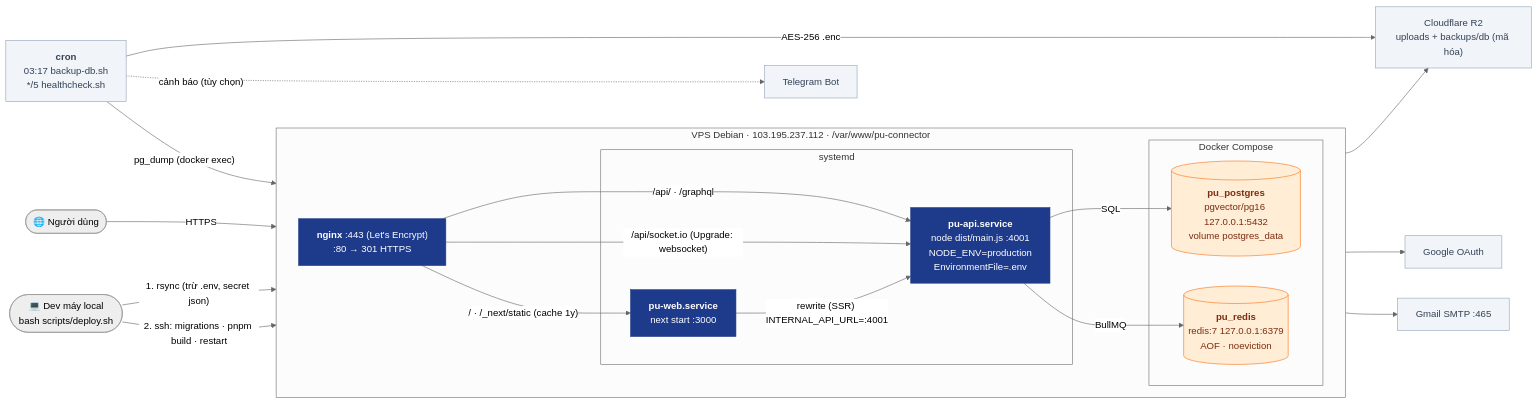
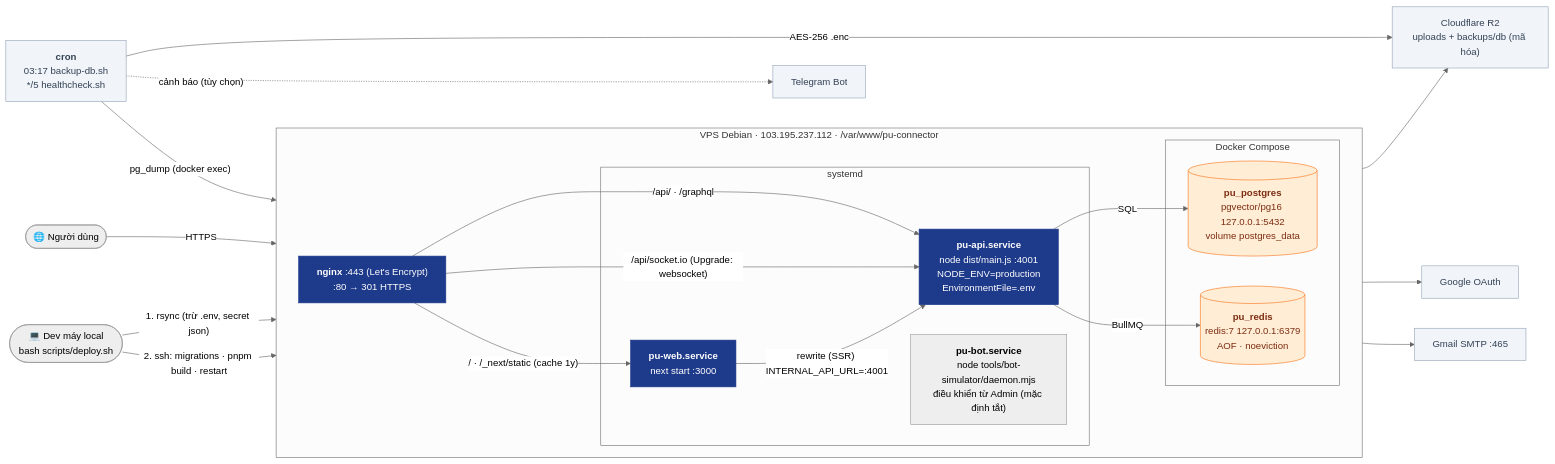
The first of 2 diagrams in docs/diagrams/06-deployment.md (nhatcoi/pu-connect), drawn with Mermaid (neutral theme) before and after one commit. The commit also changed other lines of this file and 18 other files, not shown here.

First line of the commit message:
feat(admin): tab Bot điều khiển Bot Simulator

````diff
--- a/docs/diagrams/06-deployment.md
+++ b/docs/diagrams/06-deployment.md
@@ -5,45 +5,46 @@
 ```mermaid
 flowchart LR
   user(["🌐 Người dùng"])
   dev(["💻 Dev máy local<br/>bash scripts/deploy.sh"])
 
   subgraph VPS["VPS Debian · 103.195.237.112 · /var/www/pu-connector"]
     direction LR
     nginx["<b>nginx</b> :443 (Let's Encrypt)<br/>:80 → 301 HTTPS"]
     subgraph systemd["systemd"]
       web["<b>pu-web.service</b><br/>next start :3000"]
+      bot["<b>pu-bot.service</b><br/>node tools/bot-simulator/daemon.mjs<br/>điều khiển từ Admin (mặc định tắt)"]
       api["<b>pu-api.service</b><br/>node dist/main.js :4001<br/>NODE_ENV=production<br/>EnvironmentFile=.env"]
     end
     subgraph docker["Docker Compose"]
       pg[("<b>pu_postgres</b><br/>pgvector/pg16 127.0.0.1:5432<br/>volume postgres_data")]
       redis[("<b>pu_redis</b><br/>redis:7 127.0.0.1:6379<br/>AOF · noeviction")]
     end
   end
 
   r2["Cloudflare R2<br/>uploads + backups/db (mã hóa)"]
   google["Google OAuth"]
   gmail["Gmail SMTP :465"]
 
   user -->|HTTPS| nginx
   nginx -->|"/  ·  /_next/static (cache 1y)"| web
   nginx -->|"/api/  ·  /graphql"| api
   nginx -->|"/api/socket.io (Upgrade: websocket)"| api
   web -->|"rewrite (SSR) INTERNAL_API_URL=:4001"| api
   api -->|SQL| pg
   api -->|BullMQ| redis
   api --> r2 & google & gmail
   cron["<b>cron</b><br/>03:17 backup-db.sh<br/>*/5 healthcheck.sh"]
   cron -->|"pg_dump (docker exec)"| pg
   cron -->|"AES-256 .enc"| r2
   cron -.->|"cảnh báo (tùy chọn)"| tg["Telegram Bot"]
 
   dev -->|"1. rsync (trừ .env, secret json)"| VPS
   dev -->|"2. ssh: migrations · pnpm build · restart"| VPS
 
   classDef app fill:#1e3a8a,stroke:#1e3a8a,color:#fff
   classDef store fill:#ffedd5,stroke:#f97316,color:#7c2d12
   classDef external fill:#f1f5f9,stroke:#94a3b8,color:#334155
   class web,api,nginx app
   class pg,redis store
   class r2,google,gmail,tg,cron external
 ```
````
